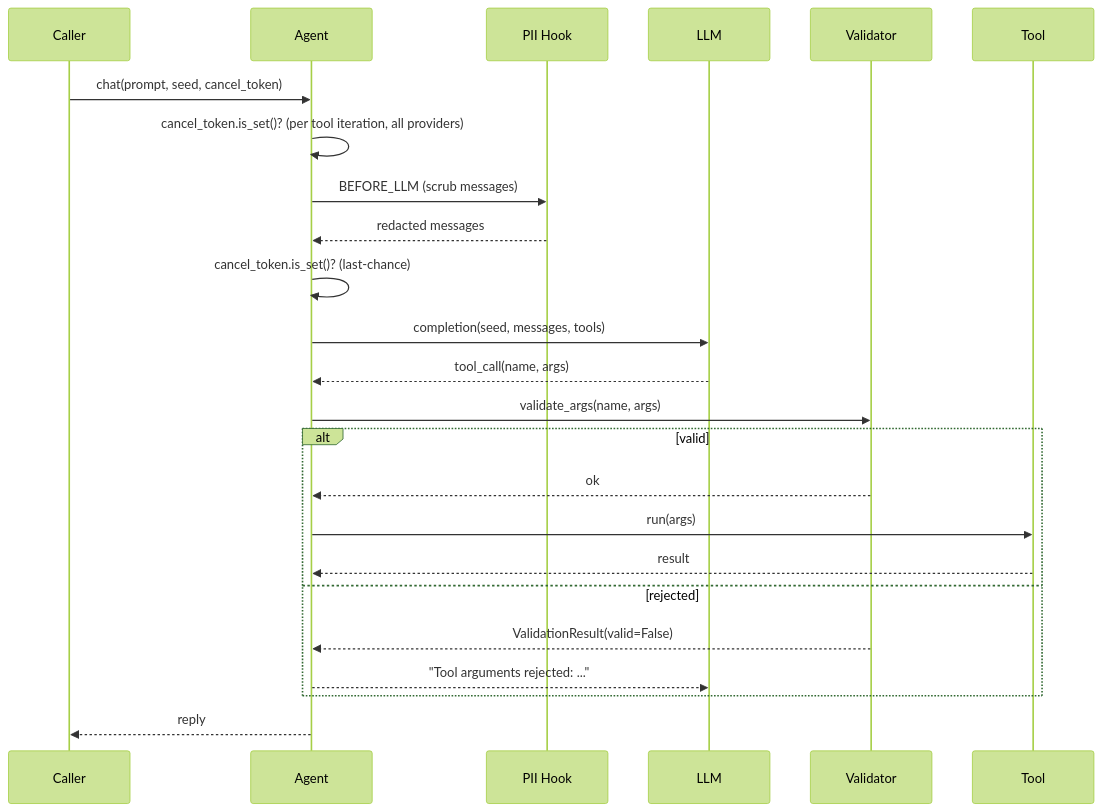
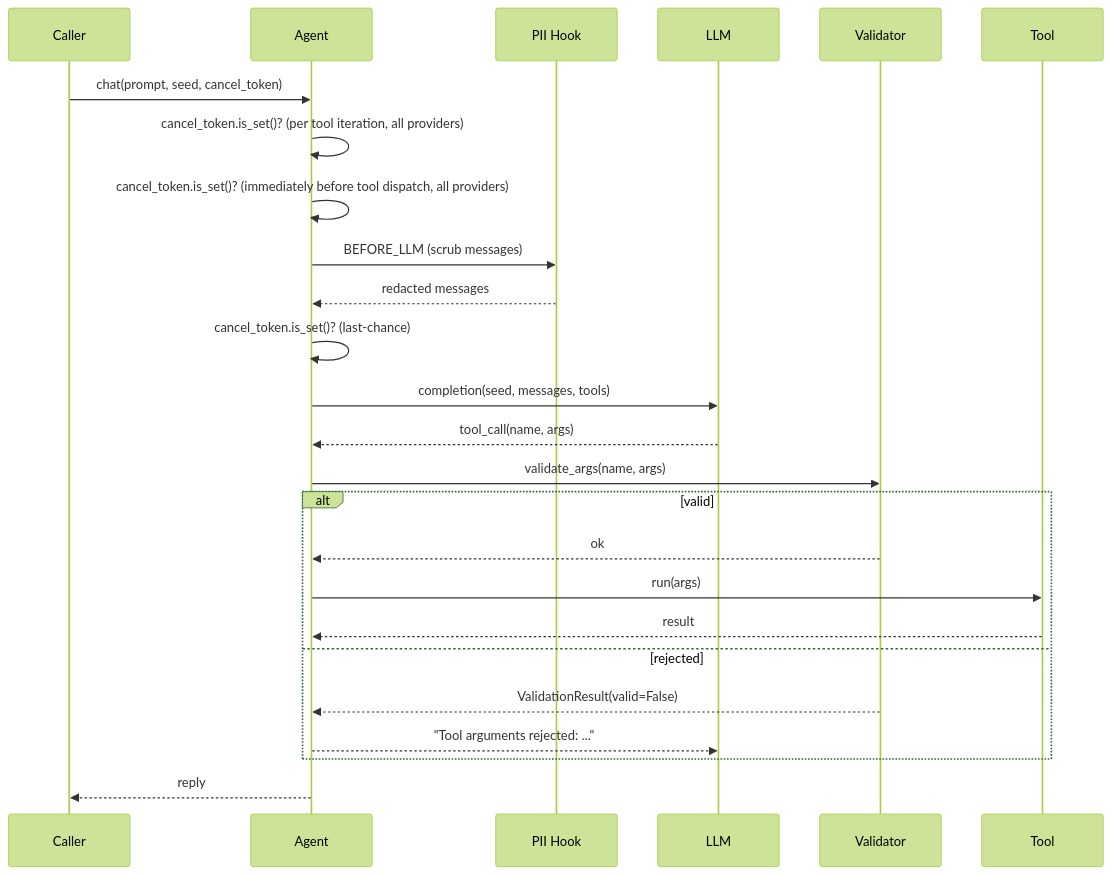
The second of 7 diagrams in docs/features/core-controls.mdx (MervinPraison/PraisonAIDocs), drawn with Mermaid (forest theme) before and after one commit. The commit also changed other lines of this file and 2 other files, not shown here.

First line of the commit message:
docs: reflect mid-tool-loop steering & interrupt wiring (fixes #1939)

````diff
--- a/docs/features/core-controls.mdx
+++ b/docs/features/core-controls.mdx
@@ -98,27 +98,28 @@
 ```mermaid
 sequenceDiagram
     participant Caller
     participant Agent
     participant Scrubber as PII Hook
     participant LLM
     participant Validator
     participant Tool
 
     Caller->>Agent: chat(prompt, seed, cancel_token)
     Agent->>Agent: cancel_token.is_set()? (per tool iteration, all providers)
+    Agent->>Agent: cancel_token.is_set()? (immediately before tool dispatch, all providers)
     Agent->>Scrubber: BEFORE_LLM (scrub messages)
     Scrubber-->>Agent: redacted messages
     Agent->>Agent: cancel_token.is_set()? (last-chance)
     Agent->>LLM: completion(seed, messages, tools)
     LLM-->>Agent: tool_call(name, args)
     Agent->>Validator: validate_args(name, args)
     alt valid
         Validator-->>Agent: ok
         Agent->>Tool: run(args)
         Tool-->>Agent: result
     else rejected
         Validator-->>Agent: ValidationResult(valid=False)
         Agent-->>LLM: "Tool arguments rejected: ..."
     end
     Agent-->>Caller: reply
 ```
````
